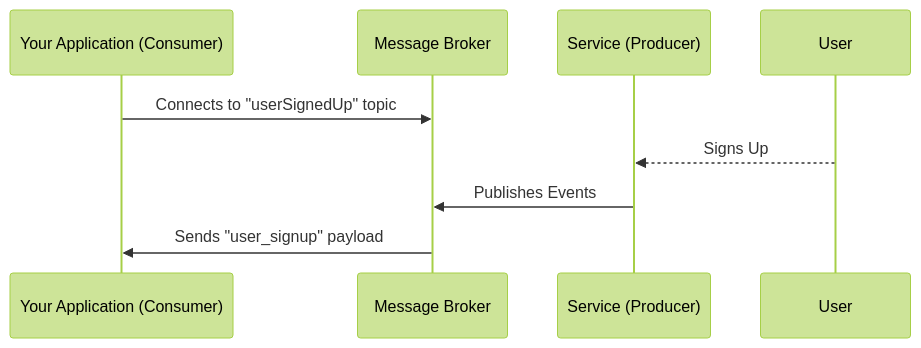
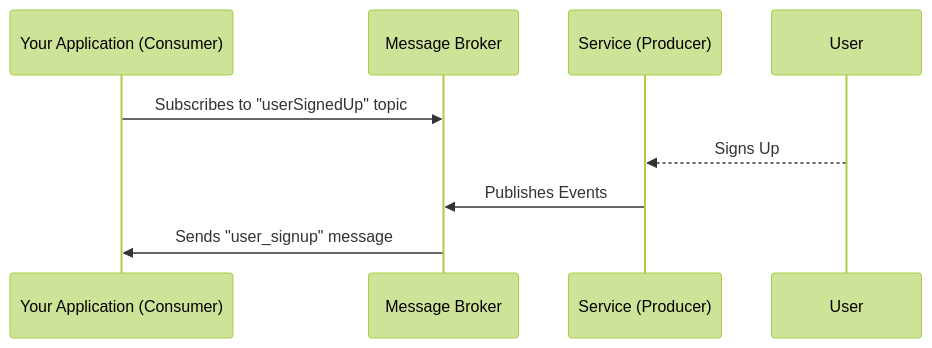
The diagram in pages/docs/tutorials/kafka/index.md (asyncapi/website), drawn with Mermaid (forest theme) before and after one commit. The commit also changed other lines of this file, not shown here.

Commit message:
Apply suggestions from code review

````diff
--- a/pages/docs/tutorials/kafka/index.md
+++ b/pages/docs/tutorials/kafka/index.md
@@ -15,11 +15,11 @@
 ```mermaid
 sequenceDiagram
     participant Your Application (Consumer)
     participant Message Broker
     participant Service (Producer)
     participant User
-    Your Application (Consumer)->> Message Broker: Connects to "userSignedUp" topic
+    Your Application (Consumer)->> Message Broker: Subscribes to "userSignedUp" topic
     User-->> Service (Producer): Signs Up
     Service (Producer)->> Message Broker: Publishes Events
-    Message Broker->> Your Application (Consumer): Sends "user_signup" payload
+    Message Broker->> Your Application (Consumer): Sends "user_signup" message
 ```    
````
